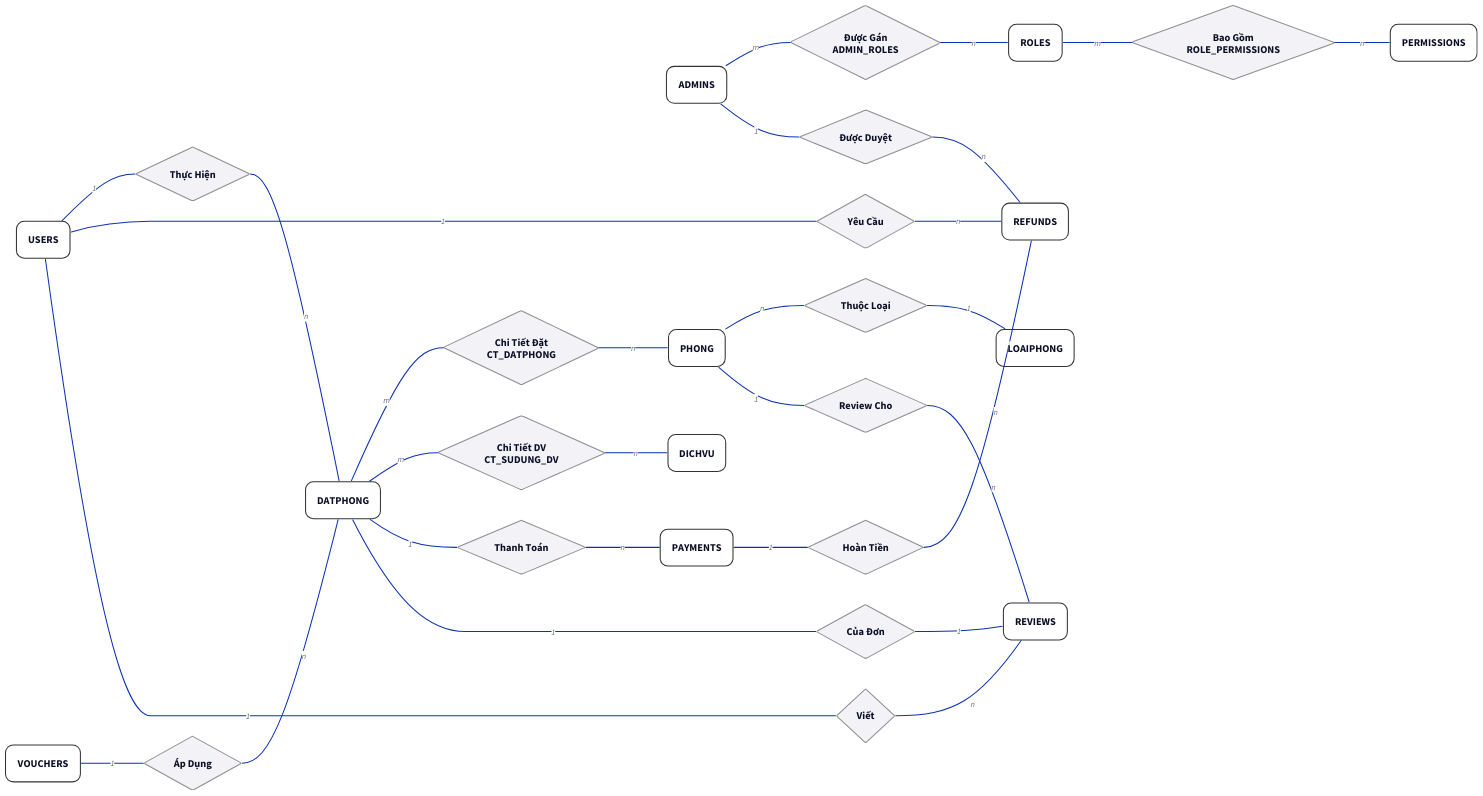
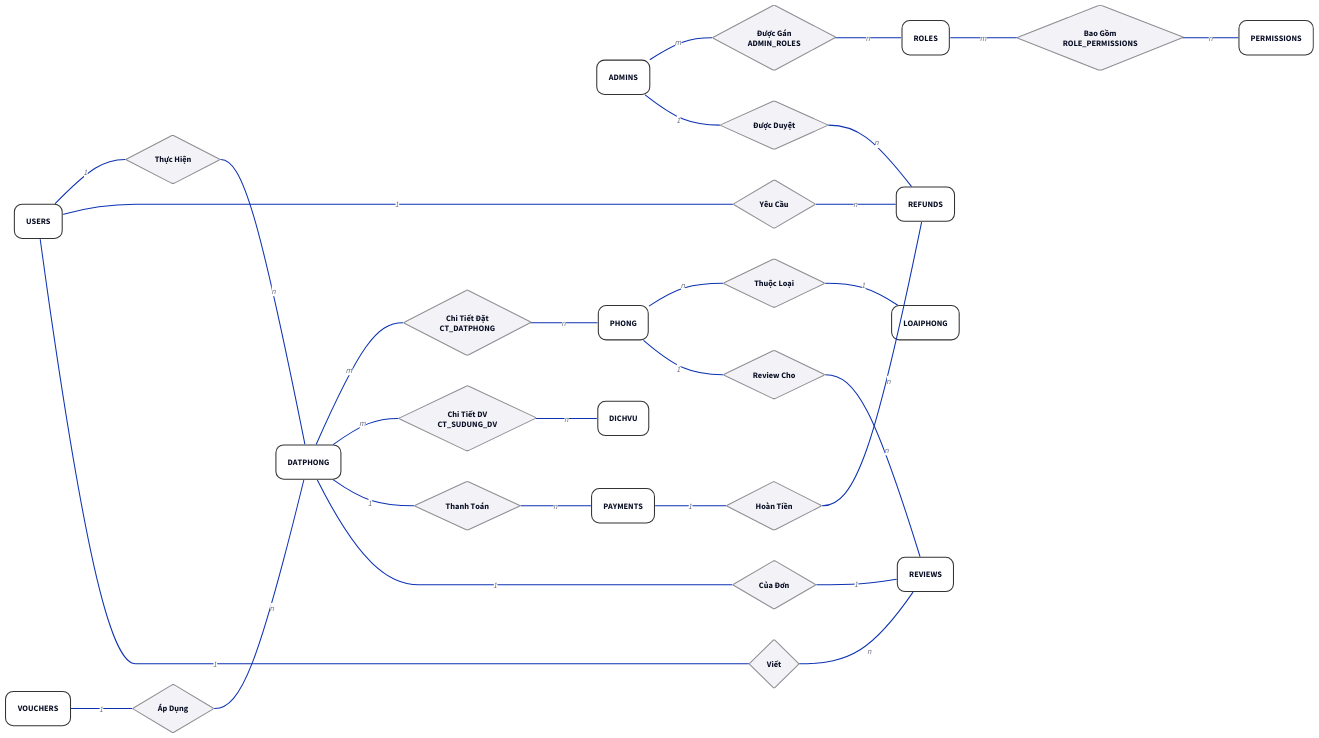
The diagram in baocao/content/diagrams/ch02-ER.d2 (sam-uit/ie103-project-report), drawn with D2 before and after one commit.

Commit message:
Cài đặt mới style cho ER

```diff
--- a/baocao/content/diagrams/ch02-ER.d2
+++ b/baocao/content/diagrams/ch02-ER.d2
@@ -1,170 +1,193 @@
 # Template: D2
 # Author: Sam Dinh
 # Mục đích: Tạo ER Diagram Chen Notation.
 # Trang nguồn: https://d2lang.com/
 # VSCode extension: Terrastruct.d2
 
 direction: right
 
 # Tiêu đề: căn góc trên-giữa
 # title: |md
 #   # Mô Hình Thực Thể Quan Hệ (ER Diagram Chen Notation)
 # | {near: top-center}
 
 # title.style: {
 # font-size: 20
 # font: "mono"
 # }
 
 # --- 0. STYLES ---
 style: {
   # font: "mono"
-  font-size: 20
   opacity: 0.0
-  fill: transparent
+  # fill: "#dcdcdc"
   # stroke: "orange"
   # stroke-width: 5
 }
 
 # --- 1. CSS STYLES (THEME) ---
 classes: {
   # Thực thể: Chữ nhật bo góc Apple style
   entity: {
     shape: rectangle
     style: {
       border-radius: 15
       stroke-width: 2
       fill: "#FFFFFF"
       stroke: "#333333"
-      font-size: 20
     }
   }
 
   # Quan hệ (Relationship): Hình thoi
   rel: {
     shape: diamond
     style: {
       fill: "#F2F2F7"
       stroke: "#8E8E93"
       stroke-width: 2
-      font-size: 20
     }
   }
 
   # Thuộc tính: Oval (chưa dùng nhiều để tránh rối)
   attr: {
     shape: oval
     width: 60
     height: 40
     style: {
       fill: "#F0F8FF"
       stroke: "#0d95de"
       stroke-width: 1
-      font-size: 20
+      # font-size: 20
+    }
+  }
+
+  attr_pri: {
+    shape: oval
+    width: 60
+    height: 40
+    style: {
+      fill: "#F0F8FF"
+      stroke: "#0d95de"
+      stroke-width: 1
+      # font-size: 20
+      underline: true
+    }
+  }
+
+  attr_foreign_pri: {
+    shape: oval
+    width: 60
+    height: 40
+    style: {
+      fill: "#F0F8FF"
+      stroke: "#f2840e"
+      stroke-width: 1
+      # font-size: 20
+      underline: true
     }
   }
 }
 
 # --- 2. ENTITIES (THỰC THỂ) ---
 # Dựa trên init_tables.sql và tài liệu mô tả
 
 ADMINS: {class: entity; label: "ADMINS"}
 ROLES: {class: entity; label: "ROLES"}
 PERMISSIONS: {class: entity; label: "PERMISSIONS"}
 
 USERS: {class: entity; label: "USERS"}
 VOUCHERS: {class: entity; label: "VOUCHERS"}
 
 DATPHONG: {class: entity; label: "DATPHONG"}
 LOAIPHONG: {class: entity; label: "LOAIPHONG"}
 PHONG: {class: entity; label: "PHONG"}
 DICHVU: {class: entity; label: "DICHVU"}
 
 PAYMENTS: {class: entity; label: "PAYMENTS"}
 REFUNDS: {class: entity; label: "REFUNDS"}
 REVIEWS: {class: entity; label: "REVIEWS"}
 
 # --- 3. RELATIONSHIPS (MỐI QUAN HỆ) ---
 # Phân biệt rõ đâu là quan hệ. 
 # Các bảng trung gian N-N trong SQL được coi là Quan Hệ trong ERD.
 
 # Quan hệ N-N (Từ bảng trung gian)
 ADMIN_ROLES: {class: rel; label: "Được Gán\nADMIN_ROLES"}
 ROLE_PERMISSIONS: {class: rel; label: "Bao Gồm\nROLE_PERMISSIONS"}
 CT_DATPHONG: {class: rel; label: "Chi Tiết Đặt\nCT_DATPHONG"}
 CT_SUDUNG_DV: {class: rel; label: "Chi Tiết DV\nCT_SUDUNG_DV"}
 
 # Quan hệ 1-N / 1-1 (Logical)
 thuc_hien: {class: rel; label: "Thực Hiện"}
 thuoc_loai: {class: rel; label: "Thuộc Loại"}
 ap_dung: {class: rel; label: "Áp Dụng"}
 thanh_toan: {class: rel; label: "Thanh Toán"}
 hoan_tien: {class: rel; label: "Hoàn Tiền"}
 yeu_cau: {class: rel; label: "Yêu Cầu"}
 duoc_duyet: {class: rel; label: "Được Duyệt"}
 tao_review: {class: rel; label: "Viết"}
 review_cho: {class: rel; label: "Review Cho"}
 review_cua: {class: rel; label: "Của Đơn"}
 
 # --- 4. CONNECTIONS (CARDINALITY) ---
 
 # --- Nhóm User & Authorization ---
 # N-N: Admin - Roles
 ADMINS -- ADMIN_ROLES: m
 ADMIN_ROLES -- ROLES: n
 
 # N-N: Roles - Permissions
 ROLES -- ROLE_PERMISSIONS: m
 ROLE_PERMISSIONS -- PERMISSIONS: n
 
 # --- Nhóm Booking & Room ---
 # 1-N: User - DatPhong
 USERS -- thuc_hien: 1
 thuc_hien -- DATPHONG: n
 
 # N-N: DatPhong - Phong (thông qua CT_DATPHONG)
 DATPHONG -- CT_DATPHONG: m
 CT_DATPHONG -- PHONG: n
 
 # 1-N: LoaiPhong - Phong
 PHONG -- thuoc_loai: n
 thuoc_loai -- LOAIPHONG: 1
 
 # 1-N: Voucher - DatPhong
 VOUCHERS -- ap_dung: 1
 ap_dung -- DATPHONG: n
 
 # N-N: DatPhong - DichVu (thông qua CT_SUDUNG_DV)
 DATPHONG -- CT_SUDUNG_DV: m
 CT_SUDUNG_DV -- DICHVU: n
 
 # --- Nhóm Payment & Refund ---
 # 1-N: DatPhong - Payments (Một đơn có thể có nhiều giao dịch?)
 # SQL: Payment references Booking.
 DATPHONG -- thanh_toan: 1
 thanh_toan -- PAYMENTS: n
 
 # 1-N: Payments - Refunds
 PAYMENTS -- hoan_tien: 1
 hoan_tien -- REFUNDS: n
 
 # User & Admin liên quan đến Refund
 USERS -- yeu_cau: 1
 yeu_cau -- REFUNDS: n
 ADMINS -- duoc_duyet: 1
 duoc_duyet -- REFUNDS: n
 
 # --- Nhóm Review ---
 # SQL: Reviews references User, Phong, DatPhong (Unique)
 
 # 1-N: User - Reviews
 USERS -- tao_review: 1
 tao_review -- REVIEWS: n
 
 # 1-N: Phong - Reviews
 PHONG -- review_cho: 1
 review_cho -- REVIEWS: n
 
 # 1-1: DatPhong - Reviews (Mỗi đơn 1 review)
 DATPHONG -- review_cua: 1
 review_cua -- REVIEWS: 1
```
